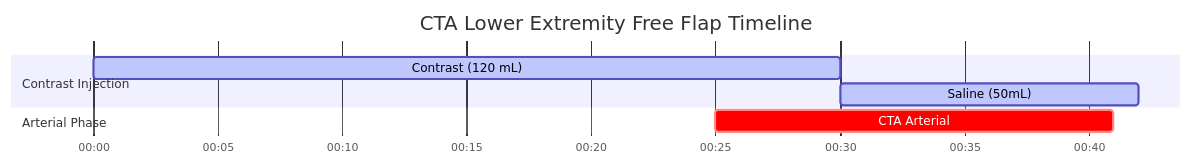
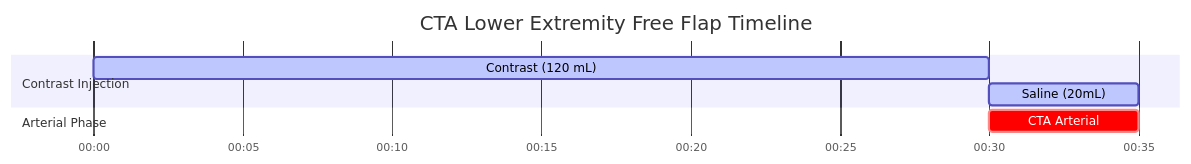
Before and after one commit to dfergs93/radiology-protocols: the diagram in docs/ct/vascular/cta-lower-extremity-free-flap.md, drawn with Mermaid. The commit also changed other lines of this file and 113 other files, not shown here.

````diff
--- a/docs/ct/vascular/cta-lower-extremity-free-flap.md
+++ b/docs/ct/vascular/cta-lower-extremity-free-flap.md
@@ -80,16 +81,16 @@
   ```mermaid
   ---
   config:
     theme: default
   ---
     gantt
       title CTA Lower Extremity Free Flap Timeline
       dateFormat mm:ss
       axisFormat %M:%S 
       
       section Contrast Injection
       Contrast (120 mL)    :active, contrast, 00:00, 30s
-      Saline (50mL)          :active, saline, after contrast, 12s
+      Saline (20mL)          :active, saline, after contrast, 5s
       section Arterial Phase
-      CTA Arterial    :crit, scan1, 00:25, 16s
+      CTA Arterial    :crit, scan1, after contrast, 5s
   ```
````
